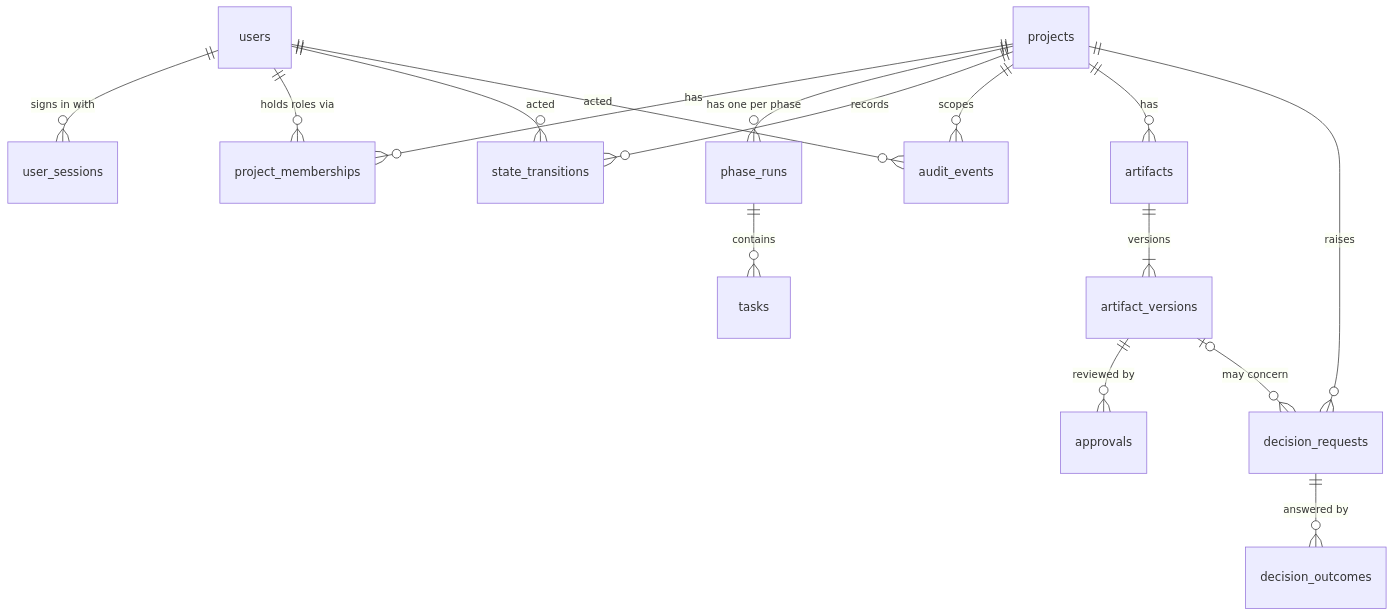
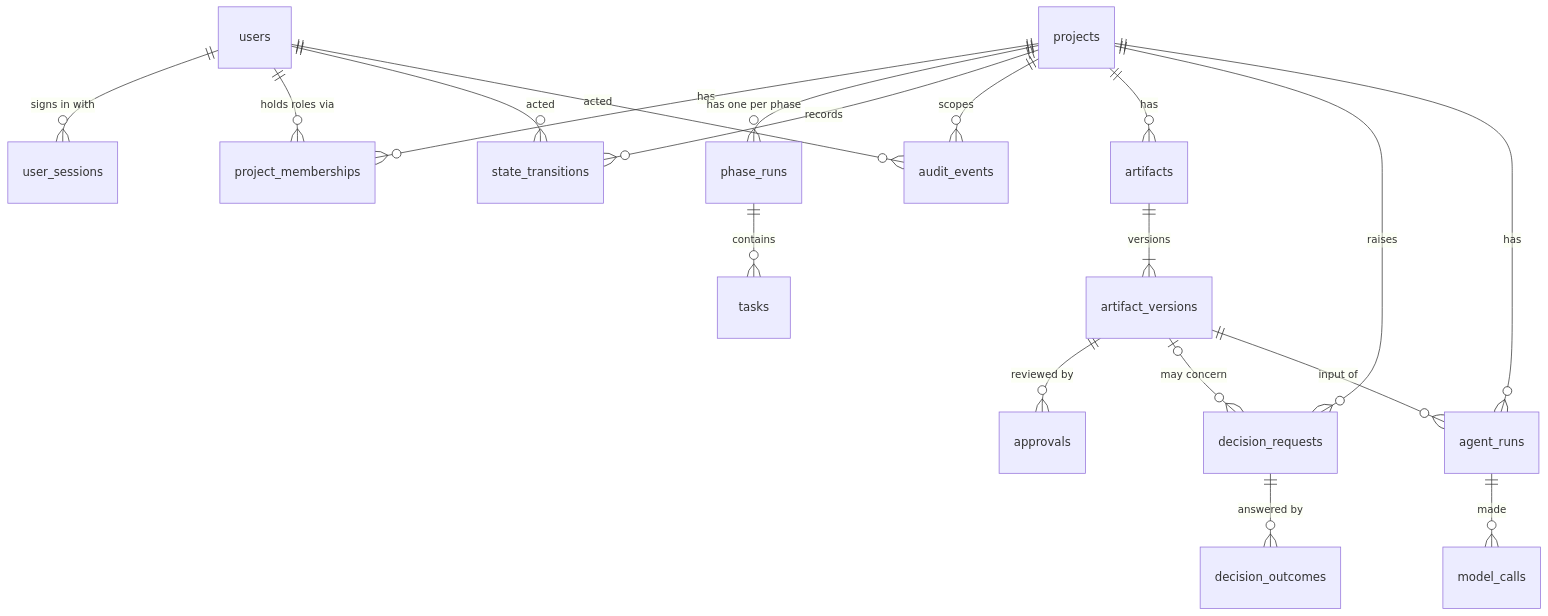
Before and after one commit to Rameshsundaram8486/Agentra: the diagram in docs/architecture/data-model.md, drawn with Mermaid. The commit also changed other lines of this file and 83 other files, not shown here.

````diff
--- a/docs/architecture/data-model.md
+++ b/docs/architecture/data-model.md
@@ -5,18 +5,21 @@
 ```mermaid
 erDiagram
   users ||--o{ user_sessions : "signs in with"
   users ||--o{ project_memberships : "holds roles via"
   projects ||--o{ project_memberships : "has"
   projects ||--o{ phase_runs : "has one per phase"
   phase_runs ||--o{ tasks : "contains"
   projects ||--o{ state_transitions : "records"
   users ||--o{ state_transitions : "acted"
   projects ||--o{ audit_events : "scopes"
   users ||--o{ audit_events : "acted"
   projects ||--o{ artifacts : "has"
   artifacts ||--|{ artifact_versions : "versions"
   artifact_versions ||--o{ approvals : "reviewed by"
   projects ||--o{ decision_requests : "raises"
   decision_requests ||--o{ decision_outcomes : "answered by"
   artifact_versions |o--o{ decision_requests : "may concern"
+  projects ||--o{ agent_runs : "has"
+  artifact_versions ||--o{ agent_runs : "input of"
+  agent_runs ||--o{ model_calls : "made"
 ```
````
